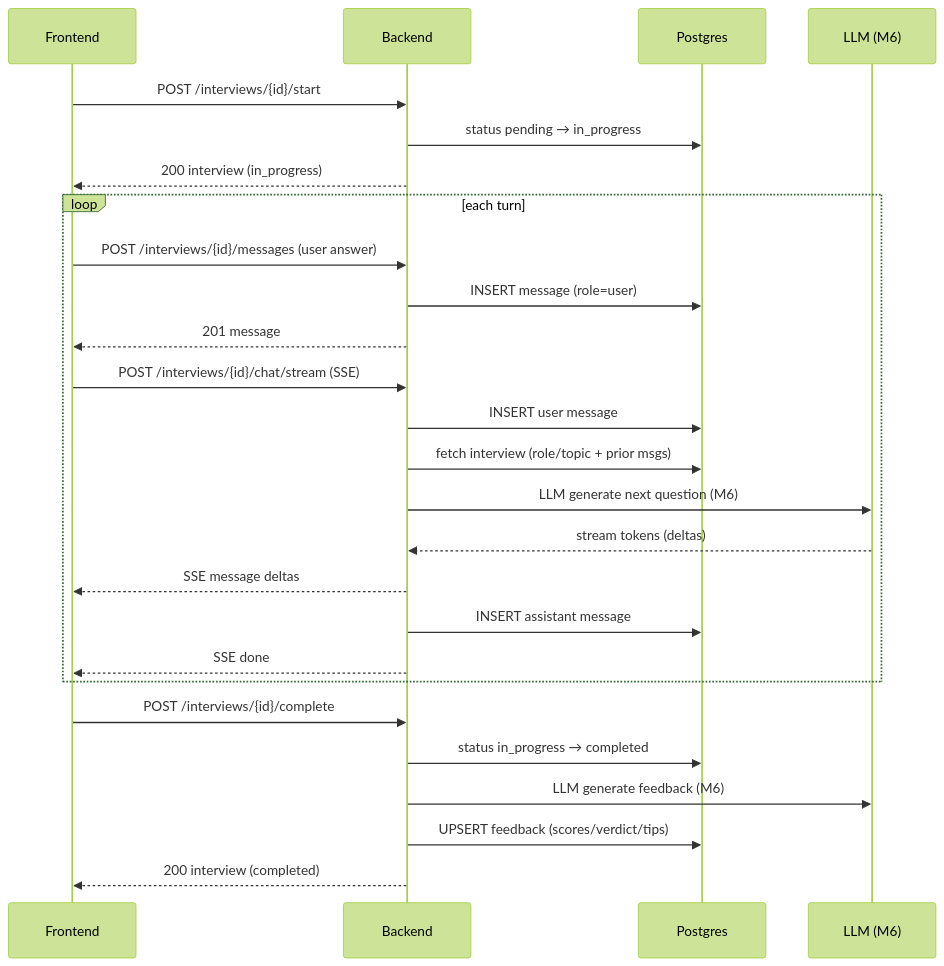
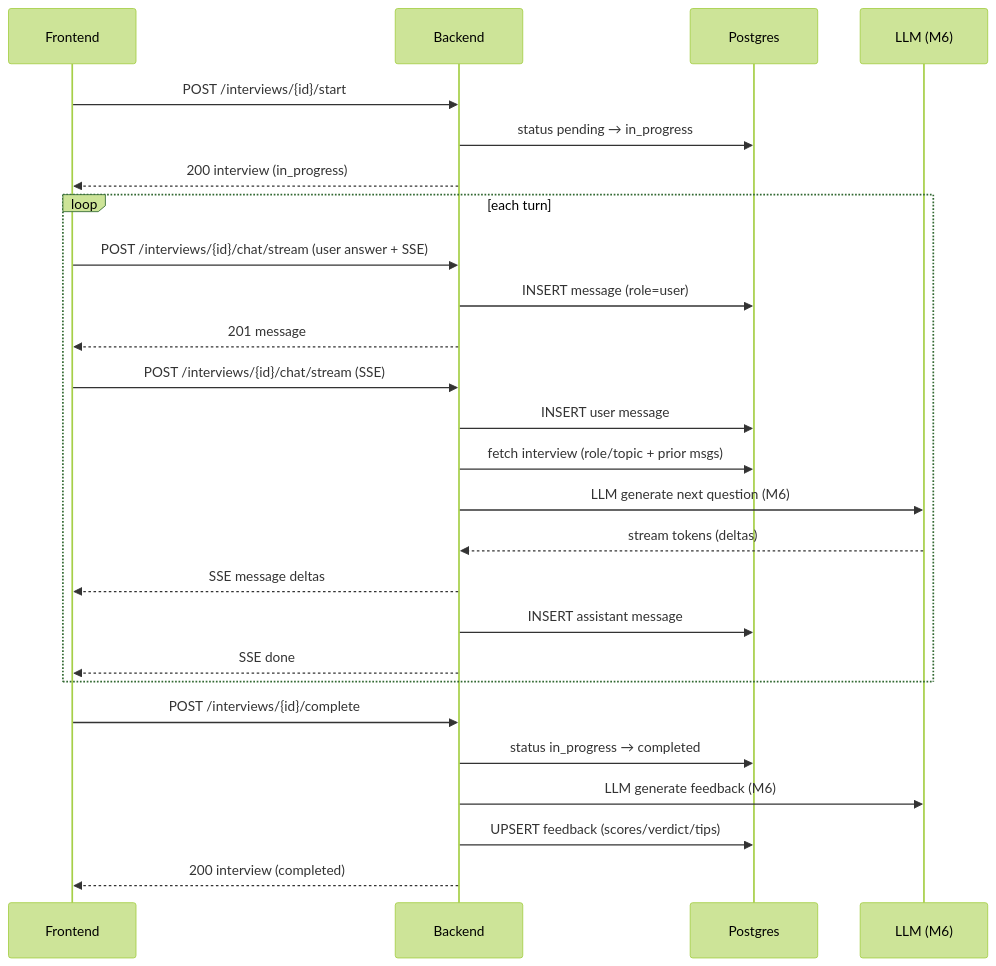
Before and after one commit to notseekeru/maxterview_website: the fourth of 6 diagrams in APPFLOW.md, drawn with Mermaid (forest theme). The commit also changed other lines of this file and 1 other file, not shown here.

Commit message:
feat(api): update chat streaming endpoint to handle user messages and remove deprecated messages endpoint

````diff
--- a/APPFLOW.md
+++ b/APPFLOW.md
@@ -102,32 +101,32 @@
 ```mermaid
 sequenceDiagram
     participant F as Frontend
     participant S as Backend
     participant D as Postgres
     participant L as LLM (M6)
 
     F->>S: POST /interviews/{id}/start
     S->>D: status pending → in_progress
     S-->>F: 200 interview (in_progress)
 
     loop each turn
-        F->>S: POST /interviews/{id}/messages (user answer)
+        F->>S: POST /interviews/{id}/chat/stream (user answer + SSE)
         S->>D: INSERT message (role=user)
         S-->>F: 201 message
 
         F->>S: POST /interviews/{id}/chat/stream (SSE)
     S->>D: INSERT user message
     S->>D: fetch interview (role/topic + prior msgs)
     S->>L: LLM generate next question (M6)
     L-->>S: stream tokens (deltas)
     S-->>F: SSE message deltas
     S->>D: INSERT assistant message
     S-->>F: SSE done
 end
 
     F->>S: POST /interviews/{id}/complete
     S->>D: status in_progress → completed
     S->>L: LLM generate feedback (M6)
     S->>D: UPSERT feedback (scores/verdict/tips)
     S-->>F: 200 interview (completed)
 ```
````
